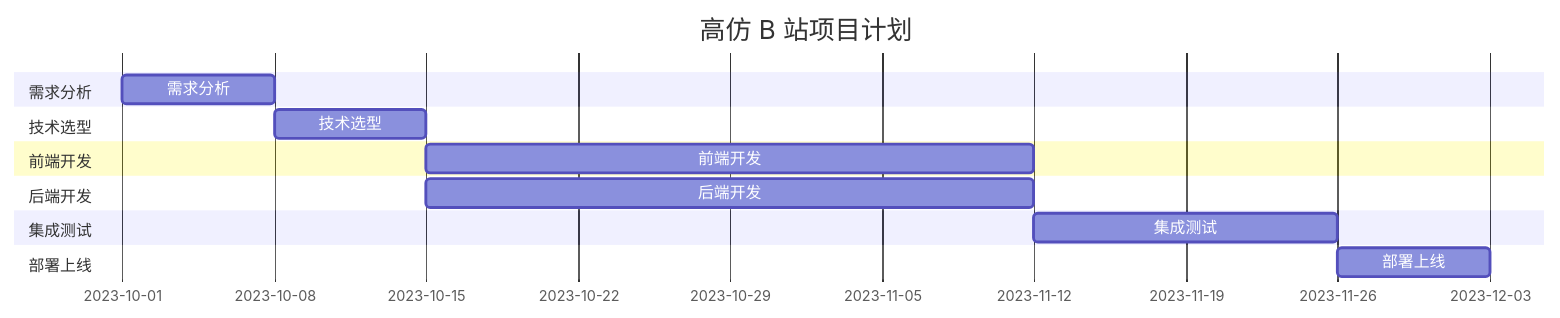
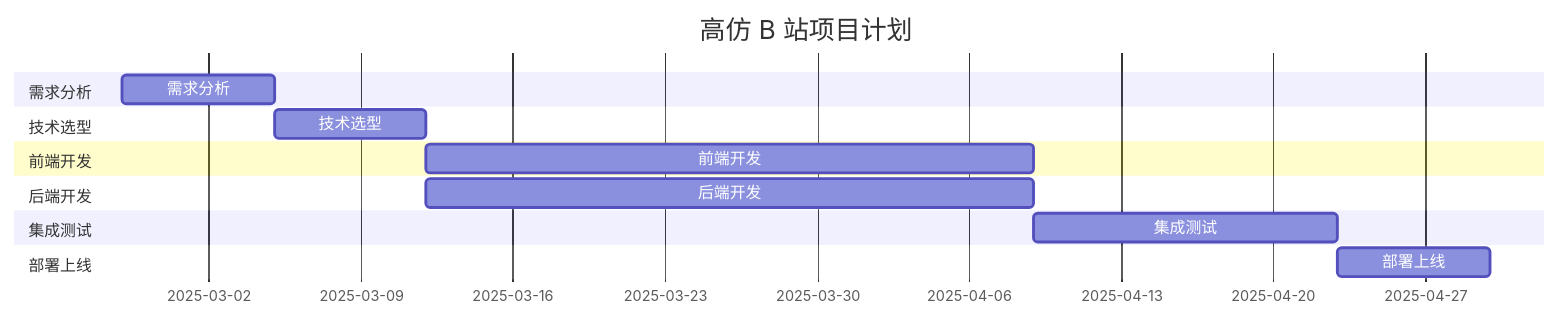
Before and after one commit to MTP-Group6/docs: the fourth of 4 diagrams in README.md, drawn with Mermaid.

````diff
--- a/README.md
+++ b/README.md
@@ -126,17 +126,17 @@
 ```mermaid
 gantt
     title 高仿 B 站项目计划
     dateFormat  YYYY-MM-DD
     section 需求分析
-    需求分析               :a1, 2023-10-01, 7d
+    需求分析               :a1, 2025-2-26, 7d
     section 技术选型
     技术选型               :a2, after a1, 7d
     section 前端开发
     前端开发               :a3, after a2, 28d
     section 后端开发
     后端开发               :a4, after a2, 28d
     section 集成测试
     集成测试               :a5, after a3 a4, 14d
     section 部署上线
     部署上线               :a6, after a5, 7d
 ```
````
